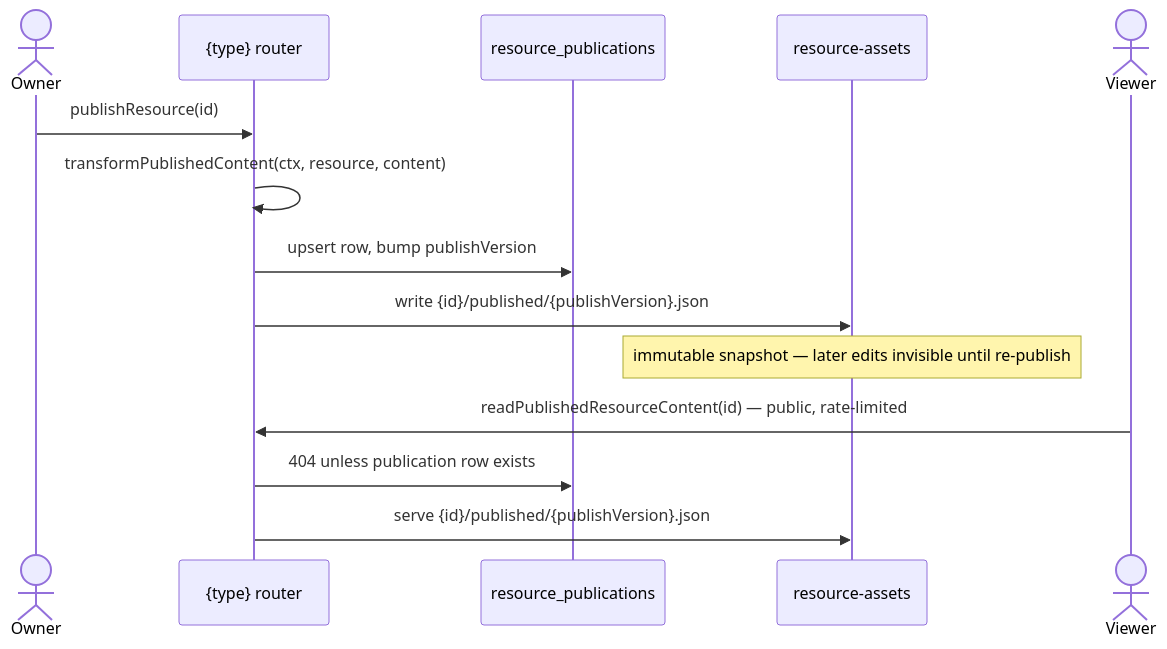
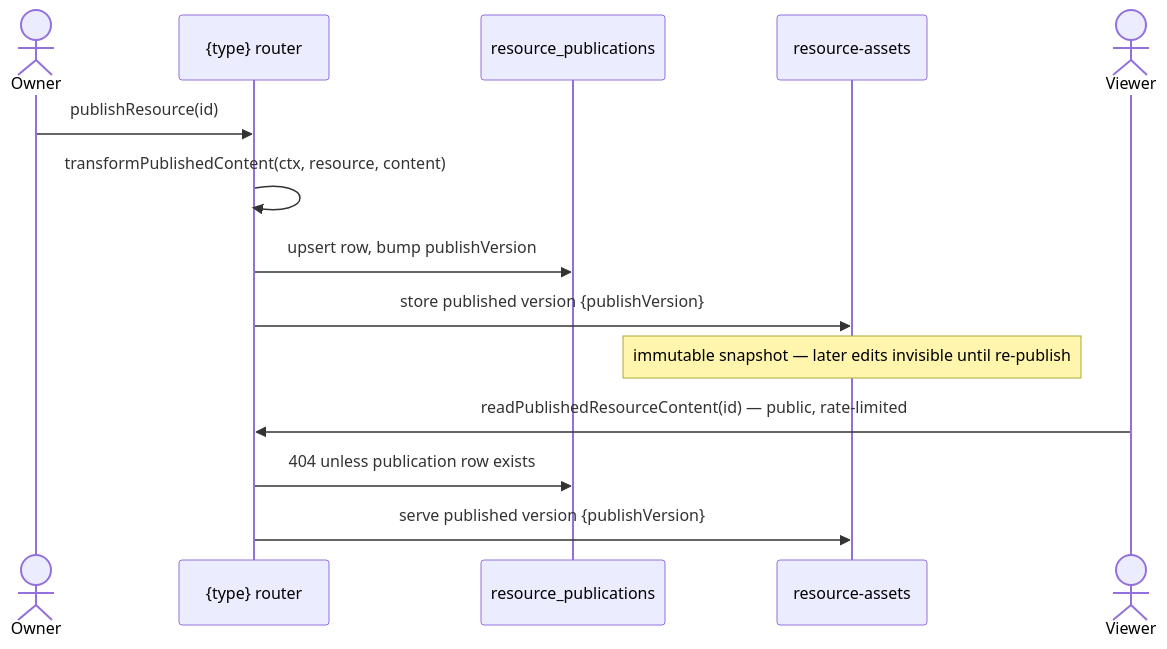
The diagram in apps/web/content/docs/architecture/publishing.md (Esposter/Esposter), drawn with Mermaid before and after one commit. The commit also changed other lines of this file and 73 other files, not shown here.

````diff
--- a/apps/web/content/docs/architecture/publishing.md
+++ b/apps/web/content/docs/architecture/publishing.md
@@ -20,18 +20,18 @@
 ```mermaid
 sequenceDiagram
   actor Owner
   participant R as {type} router
   participant PG as resource_publications
   participant BLOB as resource-assets
 
   Owner->>R: publishResource(id)
   R->>R: transformPublishedContent(ctx, resource, content)
   R->>PG: upsert row, bump publishVersion
-  R->>BLOB: write {id}/published/{publishVersion}.json
+  R->>BLOB: store published version {publishVersion}
   Note over BLOB: immutable snapshot — later edits invisible until re-publish
 
   actor Viewer
   Viewer->>R: readPublishedResourceContent(id) — public, rate-limited
   R->>PG: 404 unless publication row exists
-  R->>BLOB: serve {id}/published/{publishVersion}.json
+  R->>BLOB: serve published version {publishVersion}
 ```
````
